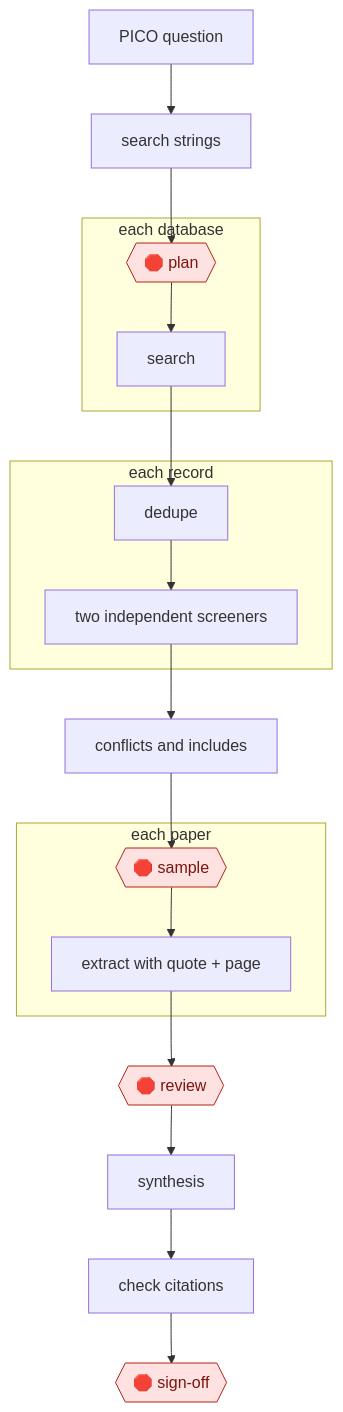
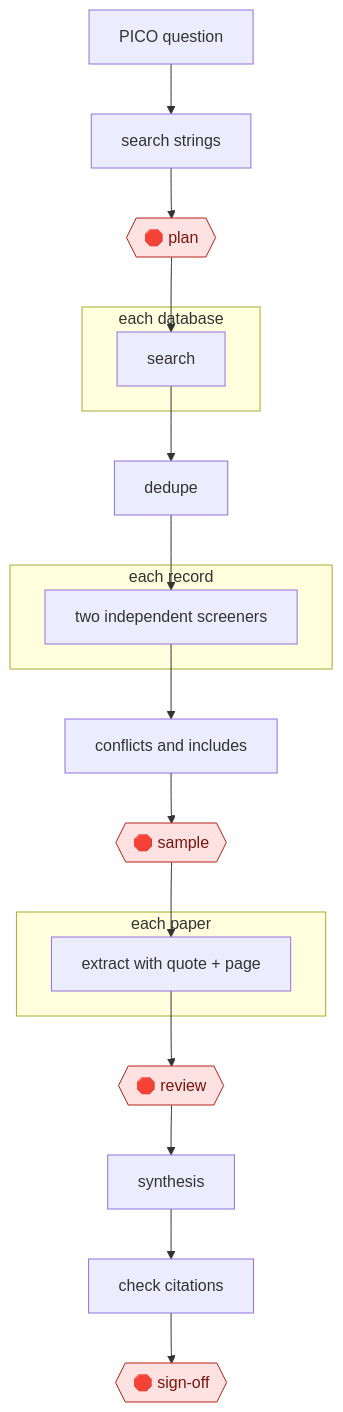
The diagram in workflows/PRO/RES/LITREV/screening-funnel/README.md (milesradford99/agent-workflow-atlas), drawn with Mermaid before and after one commit. The commit also changed other lines of this file and 171 other files, not shown here.

````diff
--- a/workflows/PRO/RES/LITREV/screening-funnel/README.md
+++ b/workflows/PRO/RES/LITREV/screening-funnel/README.md
@@ -29,35 +29,35 @@
 ```mermaid
 flowchart TD
   n1["PICO question"]
   n2["search strings"]
-  n1 --> n2
   n3{{"🛑 plan"}}:::stop
-  n2 --> n3
   subgraph s4["each database"]
   n5["search"]
-  n3 --> n5
   end
   n6["dedupe"]
-  n5 --> n6
   subgraph s7["each record"]
   n8["two independent screeners"]
-  n6 --> n8
   end
   n9["conflicts and includes"]
-  n8 --> n9
   n10{{"🛑 sample"}}:::stop
-  n9 --> n10
   subgraph s11["each paper"]
   n12["extract with quote + page"]
-  n10 --> n12
   end
   n13{{"🛑 review"}}:::stop
+  n14["synthesis"]
+  n15["check citations"]
+  n16{{"🛑 sign-off"}}:::stop
+  n1 --> n2
+  n2 --> n3
+  n3 --> n5
+  n5 --> n6
+  n6 --> n8
+  n8 --> n9
+  n9 --> n10
+  n10 --> n12
   n12 --> n13
-  n14["synthesis"]
   n13 --> n14
-  n15["check citations"]
   n14 --> n15
-  n16{{"🛑 sign-off"}}:::stop
   n15 --> n16
   classDef stop fill:#fde2e1,stroke:#b42318,color:#7a1610
 ```
````
